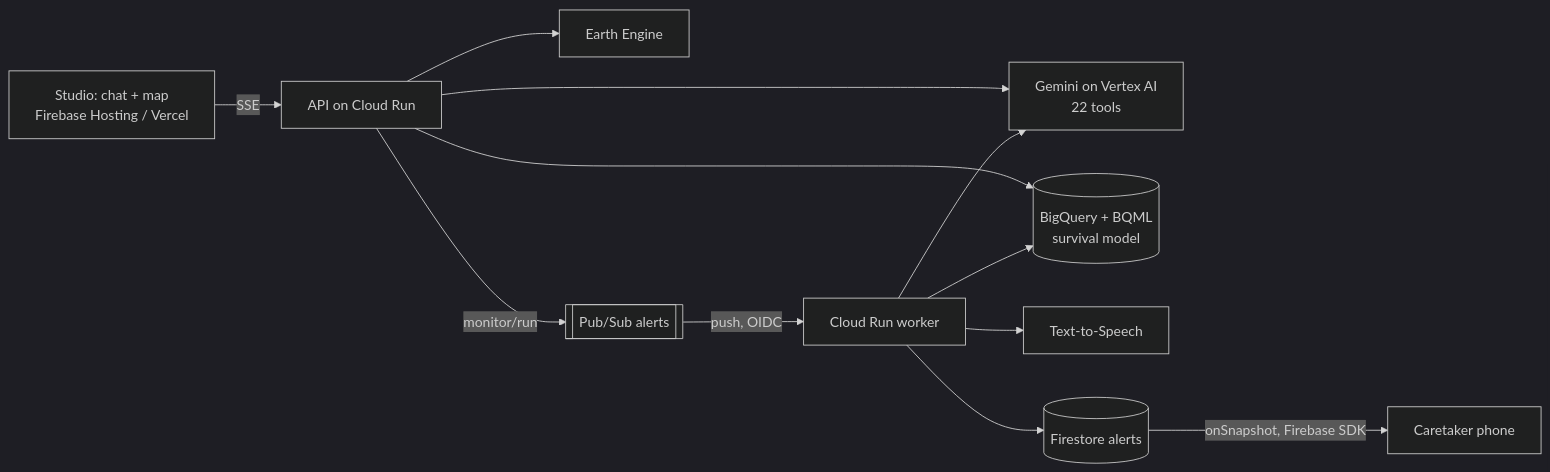
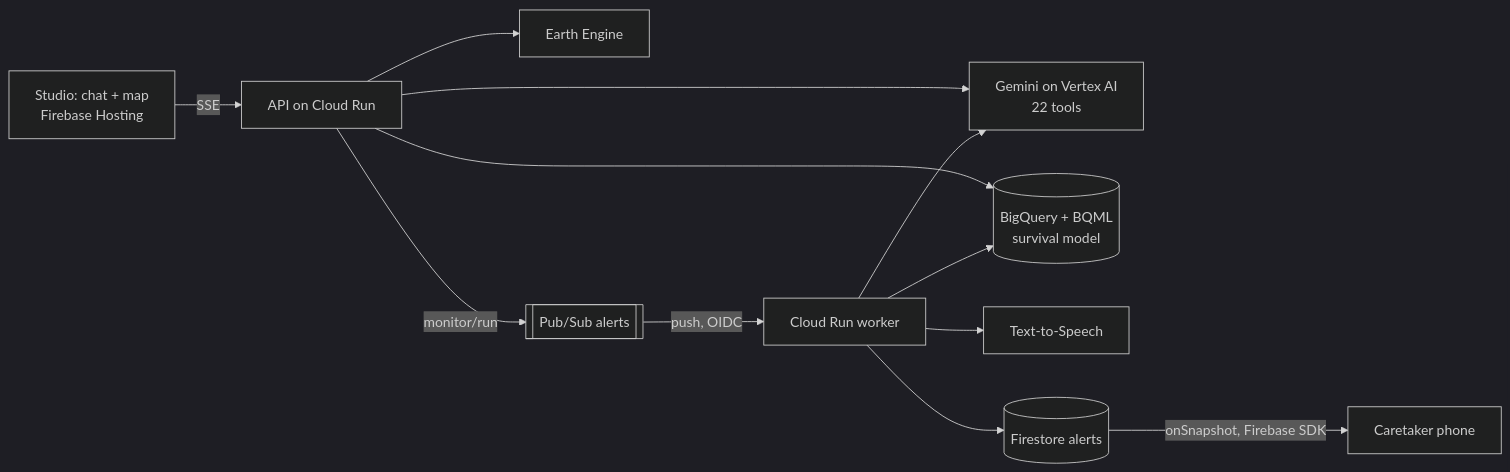
Before and after one commit to saketharshraj/reroot: the diagram in README.md, drawn with Mermaid (dark theme). The commit also changed 3 other files, not shown here.

First line of the commit message:
Data Lab on Firebase Hosting (reroot-lab.web.app); www moves to Firebase

````diff
--- a/README.md
+++ b/README.md
@@ -75,14 +75,14 @@
 ```mermaid
 flowchart LR
-  U[Studio: chat + map<br/>Firebase Hosting / Vercel] -->|SSE| A[API on Cloud Run]
+  U[Studio: chat + map<br/>Firebase Hosting] -->|SSE| A[API on Cloud Run]
   A --> G[Gemini on Vertex AI<br/>22 tools]
   A --> EE[Earth Engine]
   A --> BQ[(BigQuery + BQML<br/>survival model)]
   A -->|monitor/run| PS[[Pub/Sub alerts]]
   PS -->|push, OIDC| W[Cloud Run worker]
   W --> G
   W --> TTS[Text-to-Speech]
   W --> FS[(Firestore alerts)]
   W --> BQ
   FS -->|onSnapshot, Firebase SDK| P[Caretaker phone]
 ```
````
